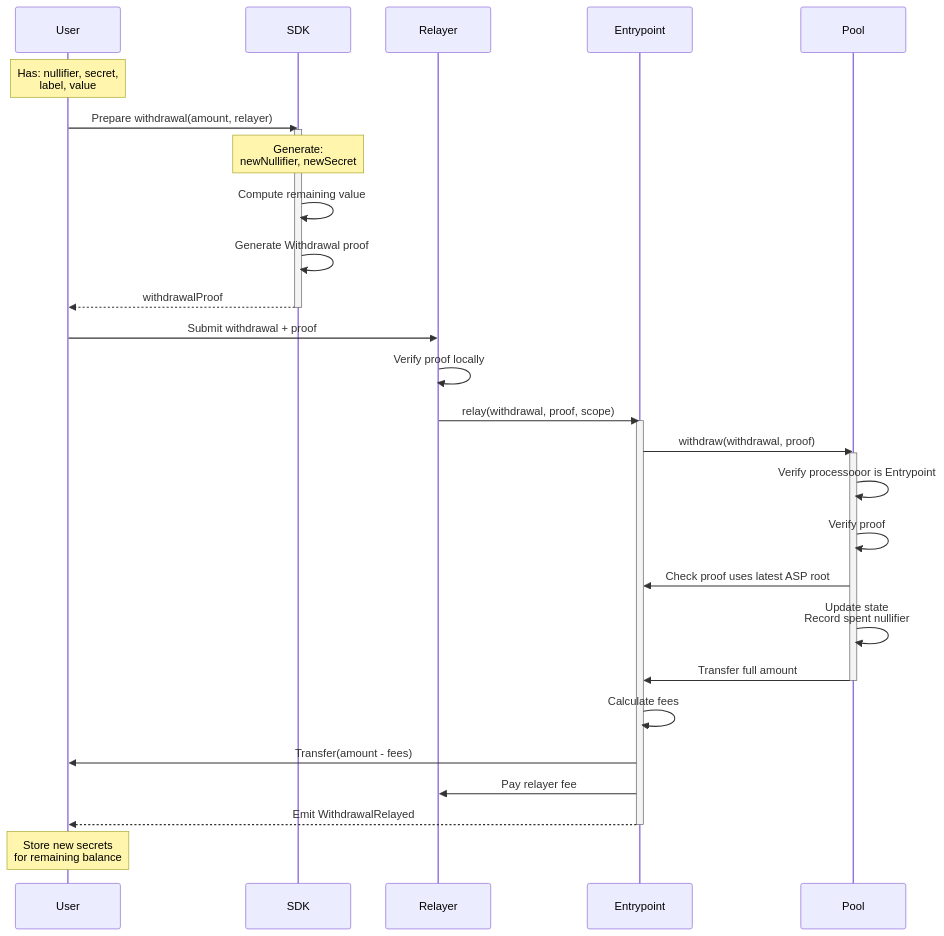
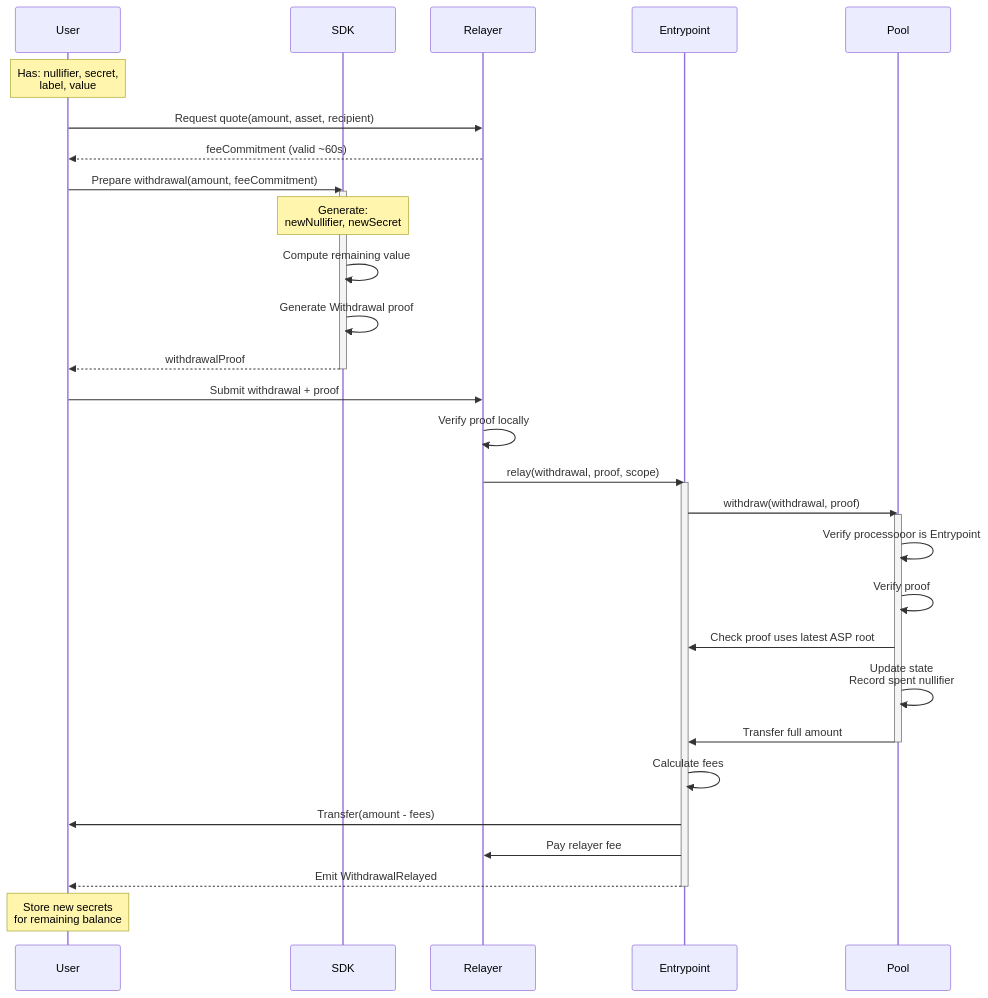
Before and after one commit to 0xmatthewb/privacy-pools-core: the diagram in docs/docs/protocol/withdrawal.md, drawn with Mermaid. The commit also changed 3 other files, not shown here.

First line of the commit message:
docs: add triage intros, quote step in diagram, and deployments hint

````diff
--- a/docs/docs/protocol/withdrawal.md
+++ b/docs/docs/protocol/withdrawal.md
@@ -31,45 +31,49 @@
 ```mermaid
 sequenceDiagram
     participant User
     participant SDK
     participant Relayer
     participant Entrypoint
     participant Pool
 
 
     Note over User: Has: nullifier, secret,<br/>label, value
-    User->>SDK: Prepare withdrawal(amount, relayer)
+
+    User->>Relayer: Request quote(amount, asset, recipient)
+    Relayer-->>User: feeCommitment (valid ~60s)
+
+    User->>SDK: Prepare withdrawal(amount, feeCommitment)
 
     activate SDK
     Note over SDK: Generate:<br/>newNullifier, newSecret
     SDK->>SDK: Compute remaining value
     SDK->>SDK: Generate Withdrawal proof
     SDK-->>User: withdrawalProof
     deactivate SDK
 
     User->>Relayer: Submit withdrawal + proof
     Relayer->>Relayer: Verify proof locally
     Relayer->>Entrypoint: relay(withdrawal, proof, scope)
 
     activate Entrypoint
     Entrypoint->>Pool: withdraw(withdrawal, proof)
 
     activate Pool
     Pool->>Pool: Verify processooor is Entrypoint
     Pool->>Pool: Verify proof
     Pool->>Entrypoint: Check proof uses latest ASP root
 
     Pool->>Pool: Update state<br/>Record spent nullifier
     Pool->>Entrypoint: Transfer full amount
     deactivate Pool
 
     Entrypoint->>Entrypoint: Calculate fees
     Entrypoint->>User: Transfer(amount - fees)
     Entrypoint->>Relayer: Pay relayer fee
 
     Entrypoint-->>User: Emit WithdrawalRelayed
     deactivate Entrypoint
 
     Note over User: Store new secrets<br/>for remaining balance
 
 ```
````
